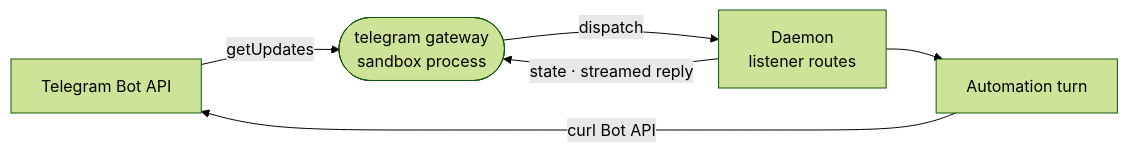
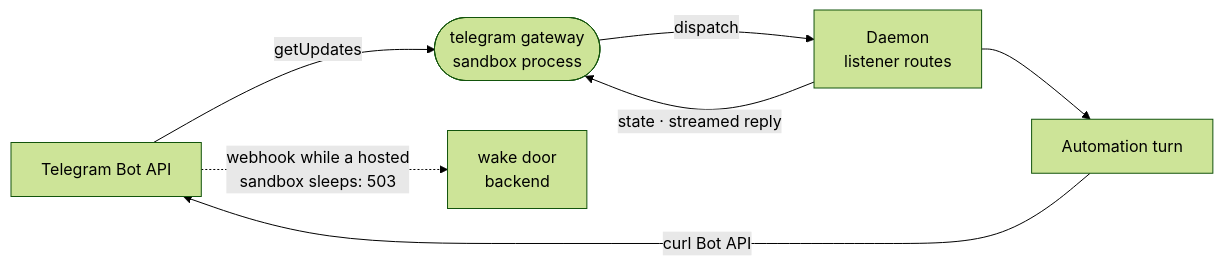
The diagram in _extensions/telegram/README.md (intentic/intentic), drawn with Mermaid (forest theme) before and after one commit. The commit also changed other lines of this file and 176 other files, not shown here.

````diff
--- a/_extensions/telegram/README.md
+++ b/_extensions/telegram/README.md
@@ -5,8 +5,9 @@
 ```mermaid
 flowchart LR
     tg["Telegram Bot API"] -->|"getUpdates"| gw(["telegram gateway<br/>sandbox process"])
     gw -->|"dispatch"| daemon["Daemon<br/>listener routes"]
     daemon -->|"state · streamed reply"| gw
     daemon --> turn["Automation turn"]
     turn -->|"curl Bot API"| tg
+    tg -.->|"webhook while a hosted<br/>sandbox sleeps: 503"| door["wake door<br/>backend"]
 ```
````
